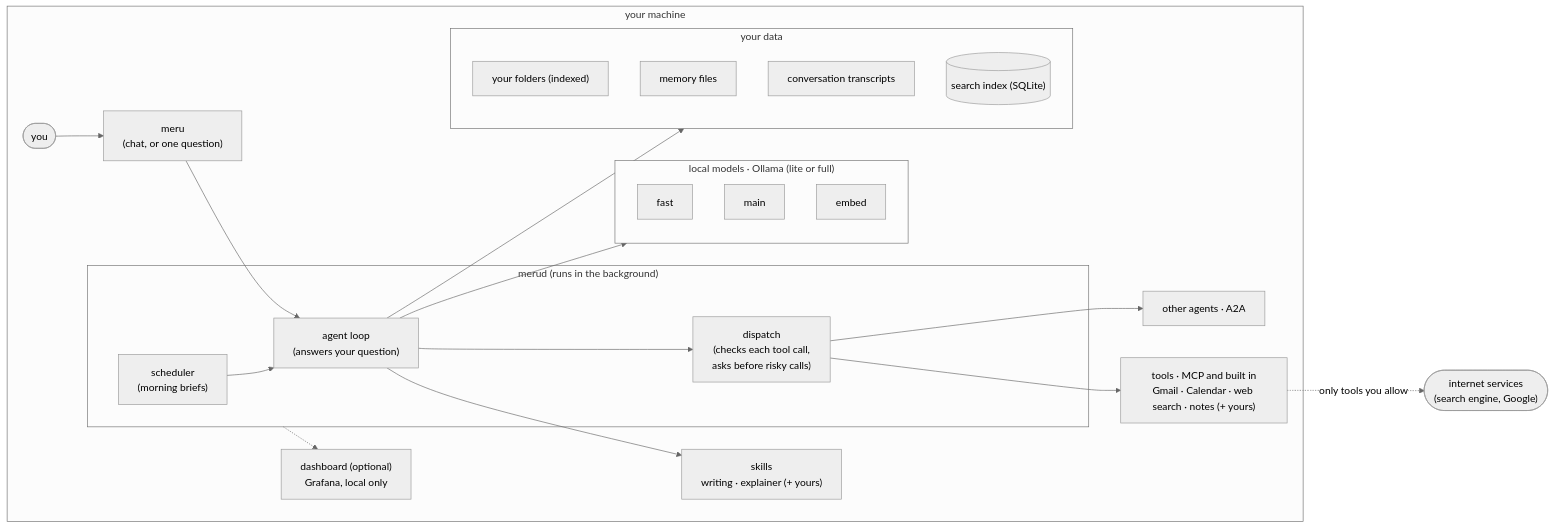
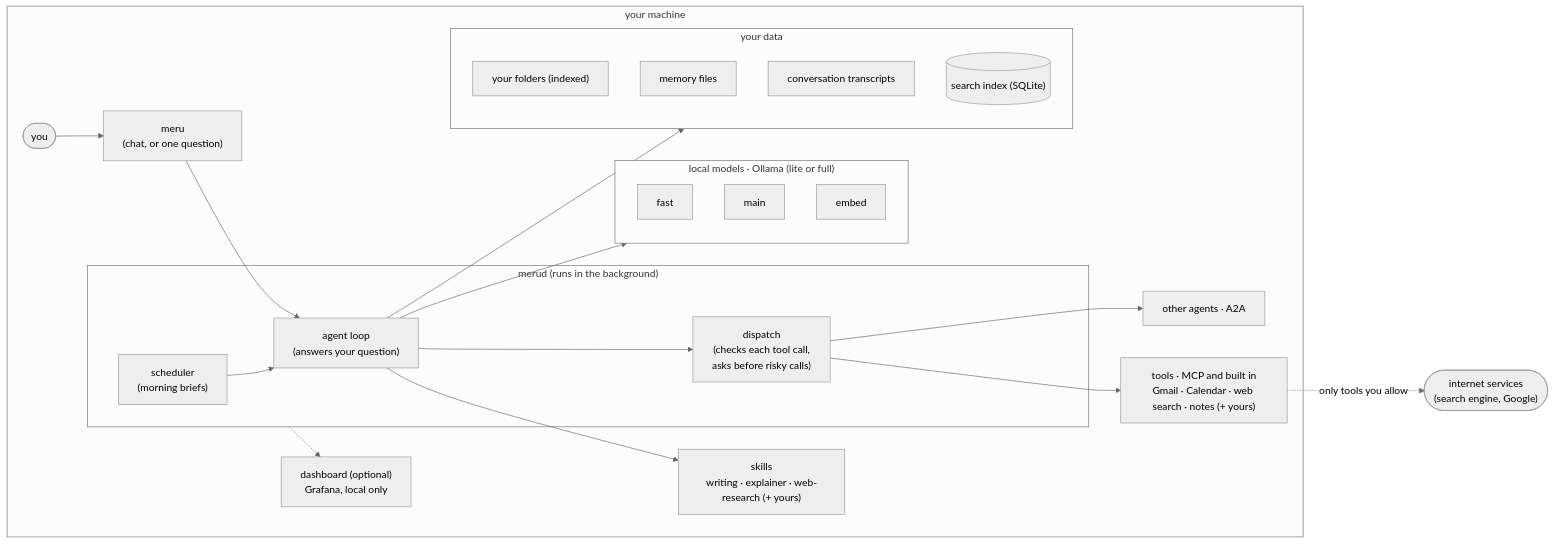
The first of 2 diagrams in docs/architecture/100.md (aarora79/meru), drawn with Mermaid (neutral theme) before and after one commit. The commit also changed other lines of this file and 6 other files, not shown here.

````diff
--- a/docs/architecture/100.md
+++ b/docs/architecture/100.md
@@ -17,34 +17,34 @@
 ```mermaid
 flowchart LR
     subgraph machine["your machine"]
         YOU(["you"]) --> MERU["meru<br/>(chat, or one question)"]
         subgraph merud["merud (runs in the background)"]
             SCHED["scheduler<br/>(morning briefs)"] --> LOOP["agent loop<br/>(answers your question)"]
             LOOP --> DISP["dispatch<br/>(checks each tool call,<br/>asks before risky calls)"]
         end
         MERU --> LOOP
         subgraph models["local models · Ollama (lite or full)"]
             FAST["fast"]
             MAIN["main"]
             EMBED["embed"]
         end
         subgraph data["your data"]
             FOLDERS["your folders (indexed)"]
             MEM["memory files"]
             TRANS["conversation transcripts"]
             INDEX[("search index (SQLite)")]
         end
-        SKILLS["skills<br/>writing · explainer (+ yours)"]
+        SKILLS["skills<br/>writing · explainer · web-research (+ yours)"]
         AGENTS["other agents · A2A"]
         TOOLS["tools · MCP and built in<br/>Gmail · Calendar · web search · notes (+ yours)"]
         OBS["dashboard (optional)<br/>Grafana, local only"]
         LOOP --> models
         LOOP --> data
         LOOP --> SKILLS
         DISP --> AGENTS
         DISP --> TOOLS
         merud -.-> OBS
     end
     NET(["internet services<br/>(search engine, Google)"])
     TOOLS -.->|only tools you allow| NET
 ```
````
